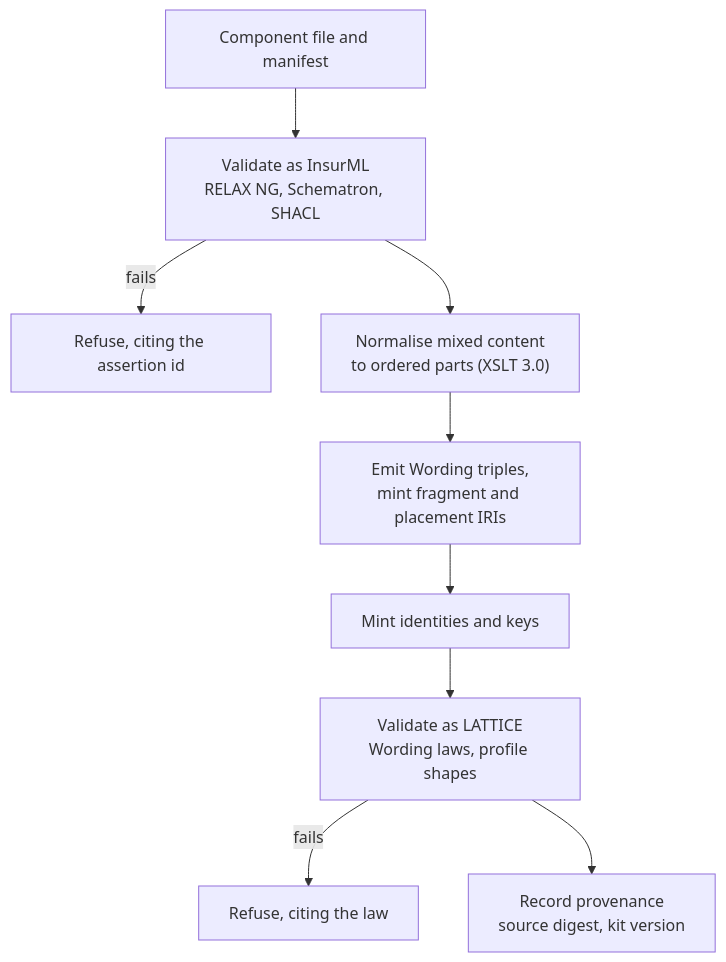
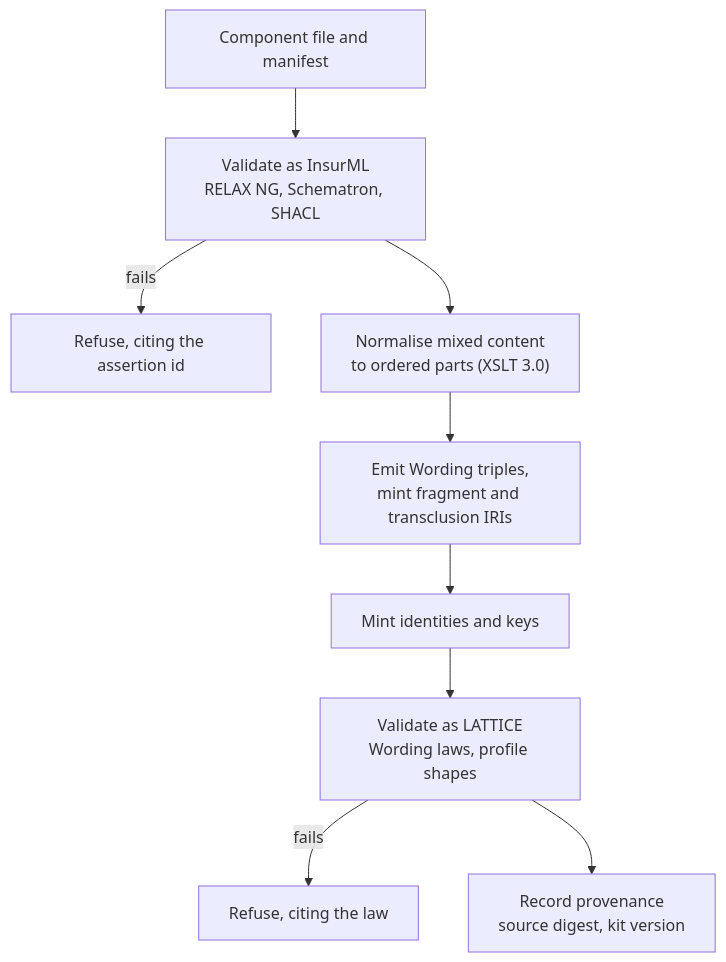
One commit to nebularis/lattice changed the third of 6 diagrams in docs/developer/sketches/insurml-bridge.md. Above: the diagram before and after it, drawn with Mermaid. The commit also changed other lines of this file and 11 other files, not shown here.

````diff
--- a/docs/developer/sketches/insurml-bridge.md
+++ b/docs/developer/sketches/insurml-bridge.md
@@ -186,11 +186,11 @@
 ```mermaid
 flowchart TD
     A["Component file and manifest"] --> B["Validate as InsurML<br/>RELAX NG, Schematron, SHACL"]
     B -->|fails| X["Refuse, citing the assertion id"]
     B --> C["Normalise mixed content<br/>to ordered parts (XSLT 3.0)"]
-    C --> D["Emit Wording triples,<br/>mint fragment and placement IRIs"]
+    C --> D["Emit Wording triples,<br/>mint fragment and transclusion IRIs"]
     D --> E["Mint identities and keys"]
     E --> F["Validate as LATTICE<br/>Wording laws, profile shapes"]
     F -->|fails| Y["Refuse, citing the law"]
     F --> G["Record provenance<br/>source digest, kit version"]
 ```
````
